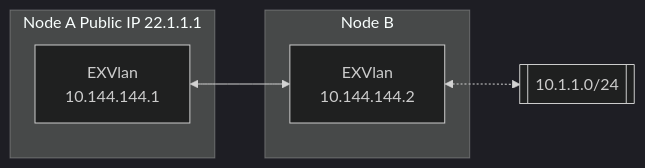
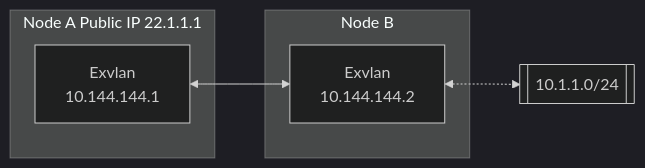
Before and after one commit to exvlan/exvlan: the first of 2 diagrams in README.md, drawn with Mermaid (dark theme). The commit also changed other lines of this file and 1212 other files, not shown here.

````diff
--- a/README.md
+++ b/README.md
@@ -189,15 +189,15 @@
 ```mermaid
 flowchart LR
 
 subgraph Node A Public IP 22.1.1.1
-nodea[EXVlan<br/>10.144.144.1]
+nodea[Exvlan<br/>10.144.144.1]
 end
 
 subgraph Node B
-nodeb[EXVlan<br/>10.144.144.2]
+nodeb[Exvlan<br/>10.144.144.2]
 end
 
 id1[[10.1.1.0/24]]
 
 nodea <--> nodeb <-.-> id1
 ```
````
